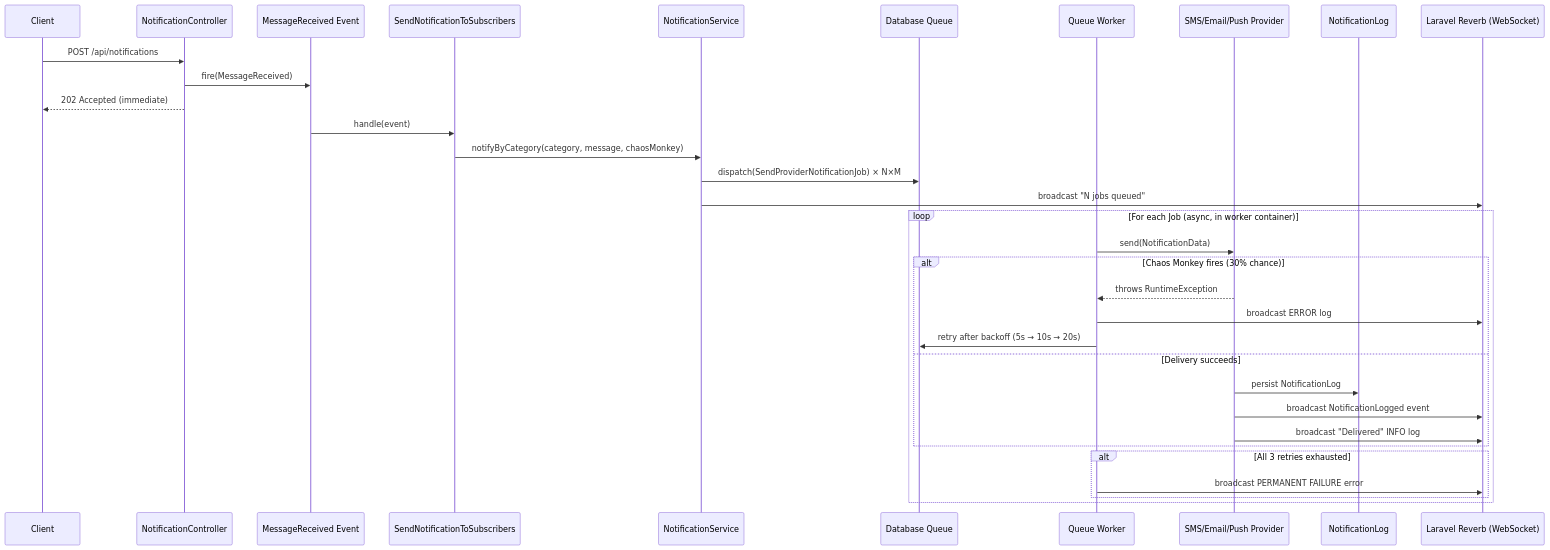
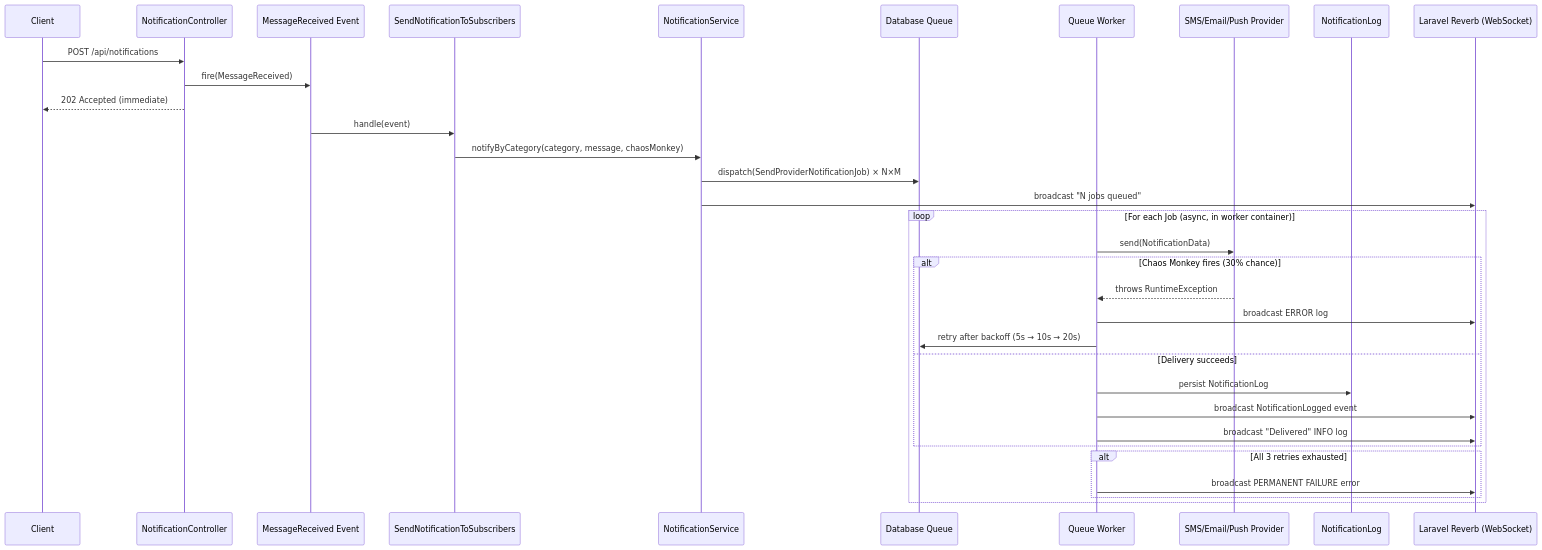
Before and after one commit to escoffie/escoffienews: the first of 2 diagrams in docs/architecture.md, drawn with Mermaid. The commit also changed 8 other files, not shown here.

Commit message:
Refactor: Finalize production-ready architecture, restore repository pattern, and fix double-logging

````diff
--- a/docs/architecture.md
+++ b/docs/architecture.md
@@ -9,38 +9,38 @@
 ```mermaid
 sequenceDiagram
     participant Client
     participant API as NotificationController
     participant Event as MessageReceived Event
     participant Listener as SendNotificationToSubscribers
     participant Service as NotificationService
     participant Queue as Database Queue
     participant Worker as Queue Worker
     participant Provider as SMS/Email/Push Provider
     participant Log as NotificationLog
     participant WS as Laravel Reverb (WebSocket)
 
     Client->>API: POST /api/notifications
     API->>Event: fire(MessageReceived)
     API-->>Client: 202 Accepted (immediate)
 
     Event->>Listener: handle(event)
     Listener->>Service: notifyByCategory(category, message, chaosMonkey)
     Service->>Queue: dispatch(SendProviderNotificationJob) × N×M
     Service->>WS: broadcast "N jobs queued"
 
     loop For each Job (async, in worker container)
         Worker->>Provider: send(NotificationData)
         alt Chaos Monkey fires (30% chance)
             Provider-->>Worker: throws RuntimeException
             Worker->>WS: broadcast ERROR log
             Worker->>Queue: retry after backoff (5s → 10s → 20s)
         else Delivery succeeds
-            Provider->>Log: persist NotificationLog
-            Provider->>WS: broadcast NotificationLogged event
-            Provider->>WS: broadcast "Delivered" INFO log
+            Worker->>Log: persist NotificationLog
+            Worker->>WS: broadcast NotificationLogged event
+            Worker->>WS: broadcast "Delivered" INFO log
         end
         alt All 3 retries exhausted
             Worker->>WS: broadcast PERMANENT FAILURE error
         end
     end
 ```
````
